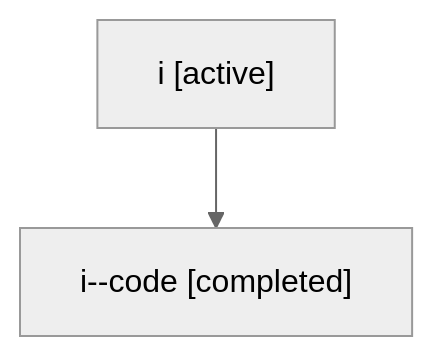
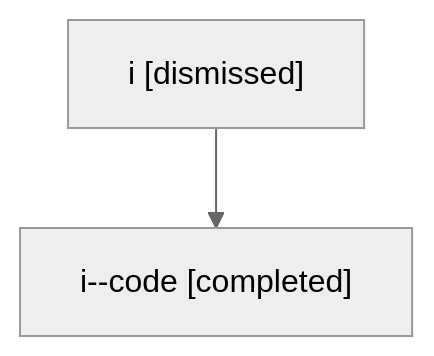
One commit to sase-org/sase--agents changed the diagram in sessions/bbugyi200.athena.i.md. Above: the diagram before and after it, drawn with Mermaid (neutral theme). The commit also changed other lines of this file and 31 other files, not shown here.

````diff
--- a/sessions/bbugyi200.athena.i.md
+++ b/sessions/bbugyi200.athena.i.md
@@ -9,6 +9,6 @@
 ```mermaid
 flowchart TD
-  n0["i [active]"]
+  n0["i [dismissed]"]
   n1["i--code [completed]"]
   n0 --> n1
 ```
````
